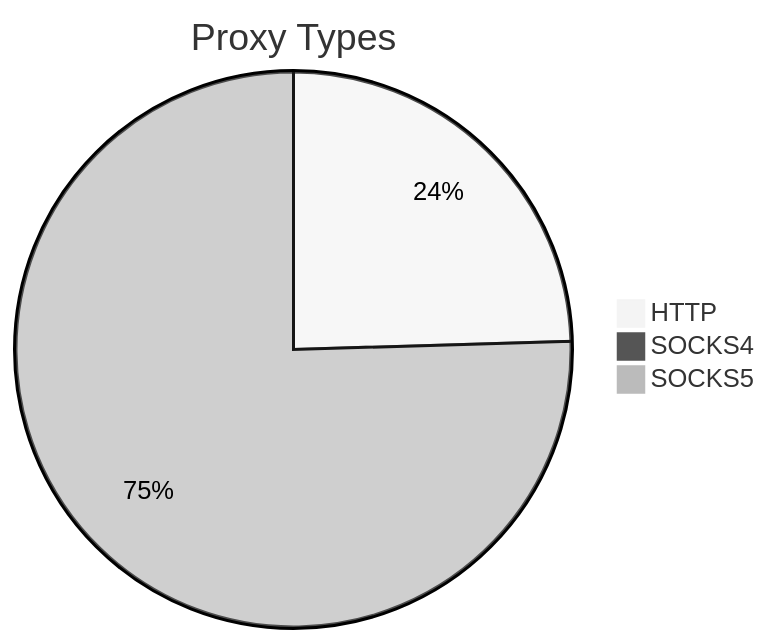
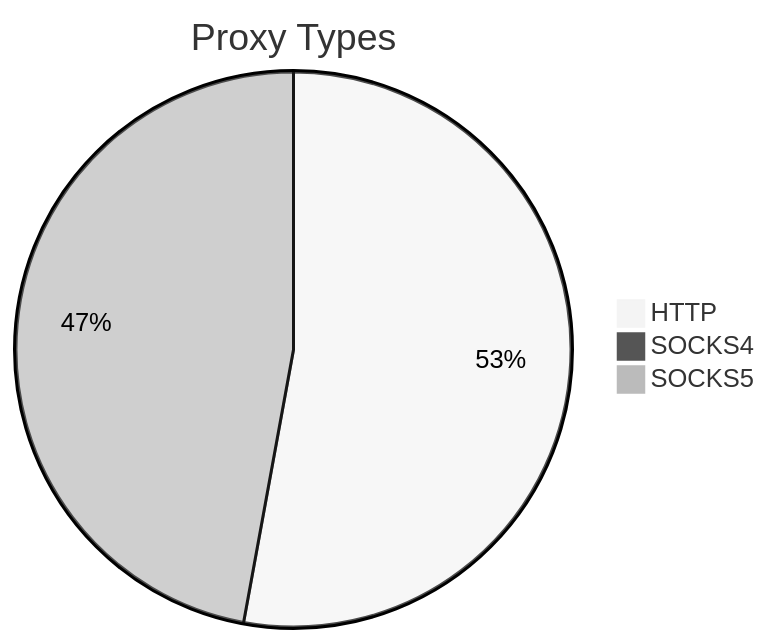
Before and after one commit to stormsia/proxy-list: the first of 2 diagrams in README.md, drawn with Mermaid (neutral theme). The commit also changed other lines of this file, not shown here.

````diff
--- a/README.md
+++ b/README.md
@@ -21,6 +21,6 @@
 ```mermaid
 pie title Proxy Types
-    "HTTP" : 1083
-    "SOCKS4" : 27
-    "SOCKS5" : 3332
+    "HTTP" : 1258
+    "SOCKS4" : 9
+    "SOCKS5" : 1121
 ```
````
